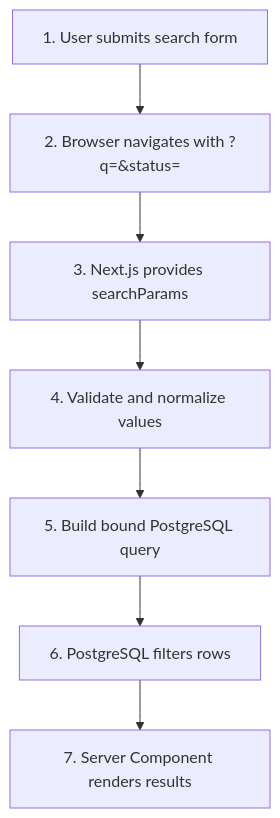
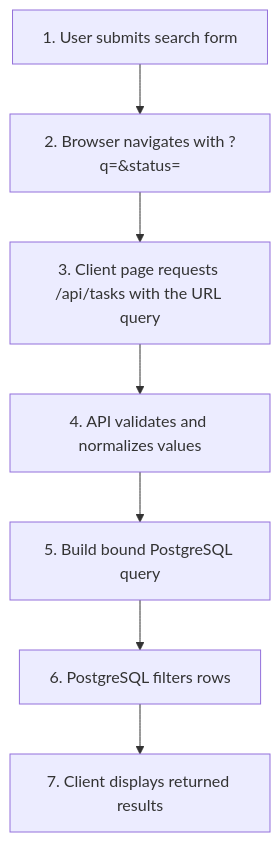
One commit to pratulsharma/minitrack changed the third of 4 diagrams in lessons/interview-prep/prep-day-05.md. Above: the diagram before and after it, drawn with Mermaid. The commit also changed other lines of this file and 10 other files, not shown here.

````diff
--- a/lessons/interview-prep/prep-day-05.md
+++ b/lessons/interview-prep/prep-day-05.md
@@ -358,9 +353,9 @@
 ```mermaid
 flowchart TD
   A["1. User submits search form"] --> B["2. Browser navigates with ?q=&status="]
-  B --> C["3. Next.js provides searchParams"]
-  C --> D["4. Validate and normalize values"]
+  B --> C["3. Client page requests /api/tasks with the URL query"]
+  C --> D["4. API validates and normalizes values"]
   D --> E["5. Build bound PostgreSQL query"]
   E --> F["6. PostgreSQL filters rows"]
-  F --> G["7. Server Component renders results"]
+  F --> G["7. Client displays returned results"]
 ```
````
